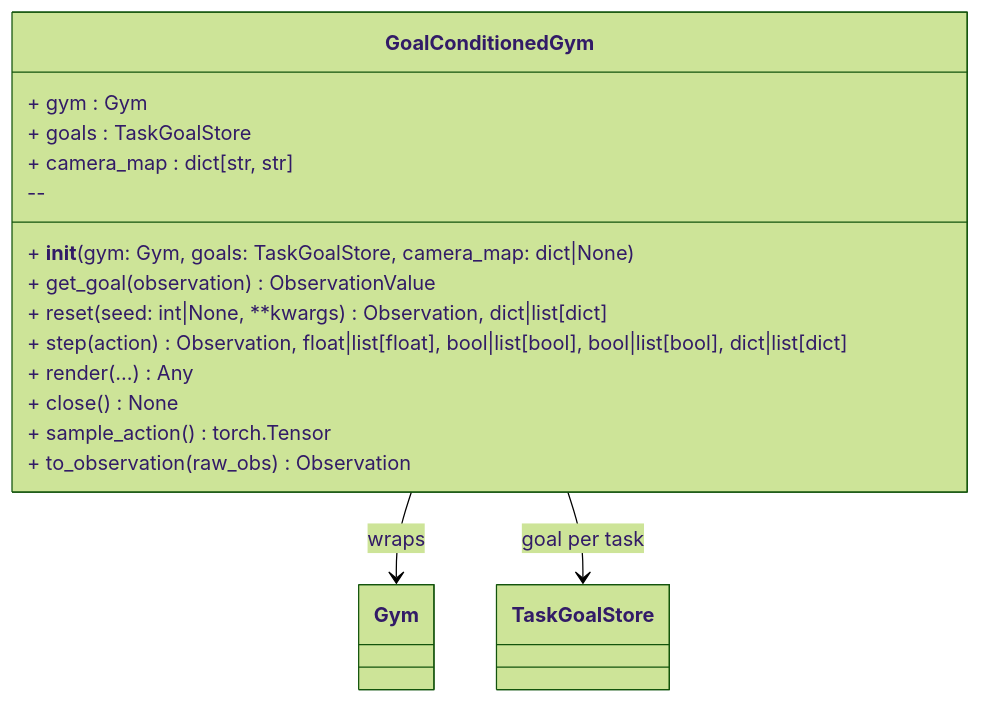
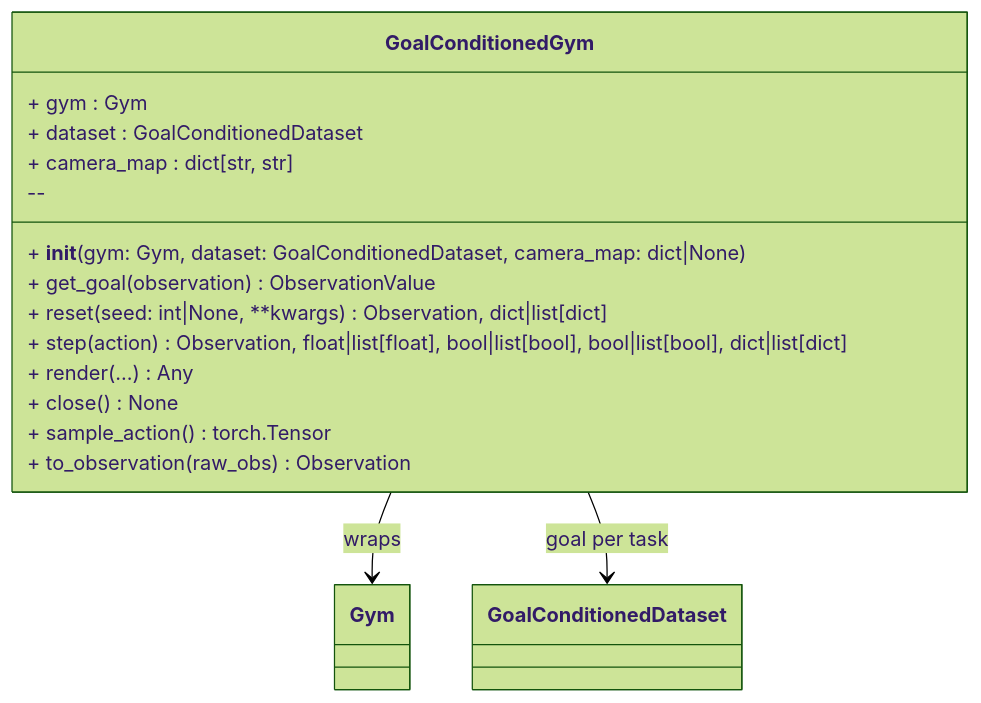
The diagram in library/docs/explanation/gyms/goal.md (alfieroddan/physical-ai-studio), drawn with Mermaid (forest theme) before and after one commit. The commit also changed 9 other files, not shown here.

Commit message:
feat: simplify goal dataset

````diff
--- a/library/docs/explanation/gyms/goal.md
+++ b/library/docs/explanation/gyms/goal.md
@@ -14,20 +14,20 @@
 ```mermaid
 classDiagram
     class GoalConditionedGym {
         + gym : Gym
-        + goals : TaskGoalStore
+        + dataset : GoalConditionedDataset
         + camera_map : dict[str, str]
         --
-        + __init__(gym: Gym, goals: TaskGoalStore, camera_map: dict|None)
+        + __init__(gym: Gym, dataset: GoalConditionedDataset, camera_map: dict|None)
         + get_goal(observation) ObservationValue
         + reset(seed: int|None, **kwargs) Observation, dict|list[dict]
         + step(action) Observation, float|list[float], bool|list[bool], bool|list[bool], dict|list[dict]
         + render(...) Any
         + close() None
         + sample_action() torch.Tensor
         + to_observation(raw_obs) Observation
     }
 
     GoalConditionedGym --> Gym : wraps
-    GoalConditionedGym --> TaskGoalStore : goal per task
+    GoalConditionedGym --> GoalConditionedDataset : goal per task
 ```
````
